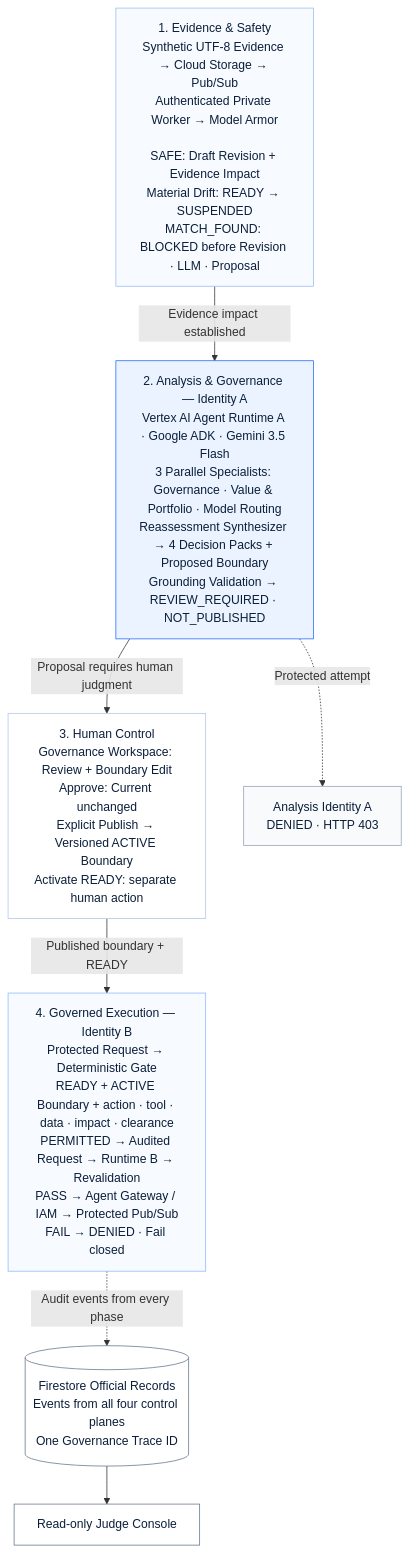
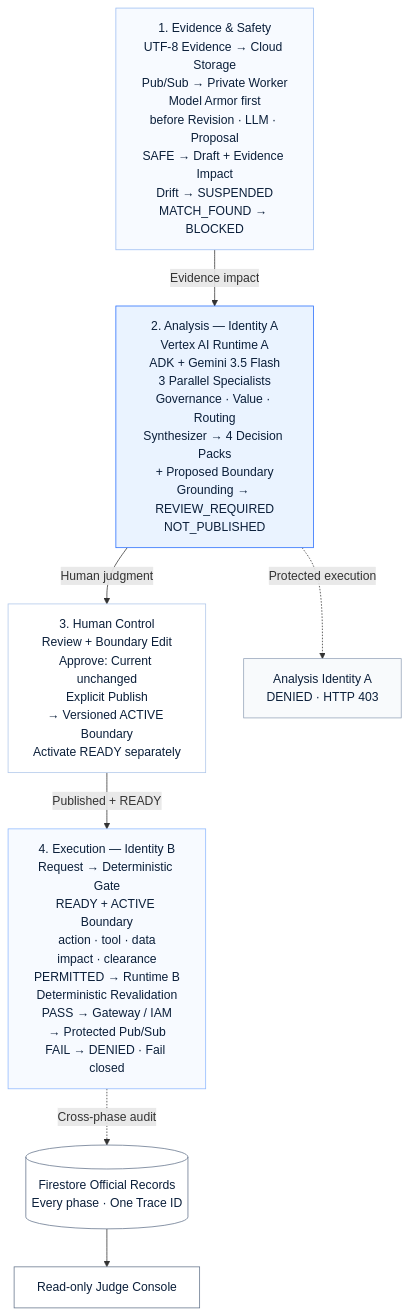
The diagram in docs/architecture/readinessops-architecture.mmd (solidfdn/readinessops-agent-fleet-governance), drawn with Mermaid before and after one commit. The commit also changed 1 other file, not shown here.

Commit message:
Compact Mermaid labels for GitHub

```diff
--- a/docs/architecture/readinessops-architecture.mmd
+++ b/docs/architecture/readinessops-architecture.mmd
@@ -1,33 +1,33 @@
 flowchart TB
-  E["1. Evidence & Safety<br/>Synthetic UTF-8 Evidence → Cloud Storage → Pub/Sub<br/>Authenticated Private Worker → Model Armor<br/><br/>SAFE: Draft Revision + Evidence Impact<br/>Material Drift: READY → SUSPENDED<br/>MATCH_FOUND: BLOCKED before Revision · LLM · Proposal"]
+  E["1. Evidence & Safety<br/>UTF-8 Evidence → Cloud Storage<br/>Pub/Sub → Private Worker<br/>Model Armor first<br/>before Revision · LLM · Proposal<br/>SAFE → Draft + Evidence Impact<br/>Drift → SUSPENDED<br/>MATCH_FOUND → BLOCKED"]
 
-  A["2. Analysis & Governance — Identity A<br/>Vertex AI Agent Runtime A · Google ADK · Gemini 3.5 Flash<br/>3 Parallel Specialists: Governance · Value & Portfolio · Model Routing<br/>Reassessment Synthesizer → 4 Decision Packs + Proposed Boundary<br/>Grounding Validation → REVIEW_REQUIRED · NOT_PUBLISHED"]
+  A["2. Analysis — Identity A<br/>Vertex AI Runtime A<br/>ADK + Gemini 3.5 Flash<br/>3 Parallel Specialists<br/>Governance · Value · Routing<br/>Synthesizer → 4 Decision Packs<br/>+ Proposed Boundary<br/>Grounding → REVIEW_REQUIRED<br/>NOT_PUBLISHED"]
 
-  H["3. Human Control<br/>Governance Workspace: Review + Boundary Edit<br/>Approve: Current unchanged<br/>Explicit Publish → Versioned ACTIVE Boundary<br/>Activate READY: separate human action"]
+  H["3. Human Control<br/>Review + Boundary Edit<br/>Approve: Current unchanged<br/>Explicit Publish<br/>→ Versioned ACTIVE Boundary<br/>Activate READY separately"]
 
-  X["4. Governed Execution — Identity B<br/>Protected Request → Deterministic Gate<br/>READY + ACTIVE Boundary + action · tool · data · impact · clearance<br/>PERMITTED → Audited Request → Runtime B → Revalidation<br/>PASS → Agent Gateway / IAM → Protected Pub/Sub<br/>FAIL → DENIED · Fail closed"]
+  X["4. Execution — Identity B<br/>Request → Deterministic Gate<br/>READY + ACTIVE Boundary<br/>action · tool · data<br/>impact · clearance<br/>PERMITTED → Runtime B<br/>Deterministic Revalidation<br/>PASS → Gateway / IAM<br/>→ Protected Pub/Sub<br/>FAIL → DENIED · Fail closed"]
 
-  E -->|Evidence impact established| A
-  A -->|Proposal requires human judgment| H
-  H -->|Published boundary + READY| X
-  A -.->|Protected attempt| IAD["Analysis Identity A<br/>DENIED · HTTP 403"]
+  E -->|Evidence impact| A
+  A -->|Human judgment| H
+  H -->|Published + READY| X
+  A -.->|Protected execution| IAD["Analysis Identity A<br/>DENIED · HTTP 403"]
 
-  FS[("Firestore Official Records<br/>Events from all four control planes<br/>One Governance Trace ID")]
+  FS[("Firestore Official Records<br/>Every phase · One Trace ID")]
   JUDGE["Read-only Judge Console"]
 
-  X -.->|Audit events from every phase| FS
+  X -.->|Cross-phase audit| FS
   FS --> JUDGE
 
   classDef security fill:#F7FAFF,stroke:#9ABCF2,color:#0B1F3A;
   classDef blocked fill:#F8FAFC,stroke:#94A3B8,color:#0B1F3A;
   classDef governance fill:#EAF3FF,stroke:#246BFD,color:#0B1F3A;
   classDef human fill:#FFFFFF,stroke:#AFC7EA,color:#0B1F3A;
   classDef execution fill:#F7FAFF,stroke:#8FB8FF,color:#0B1F3A;
   classDef record fill:#FFFFFF,stroke:#64748B,color:#0B1F3A;
 
   class E security;
   class IAD blocked;
   class A governance;
   class H human;
   class X execution;
   class FS,JUDGE record;
```
